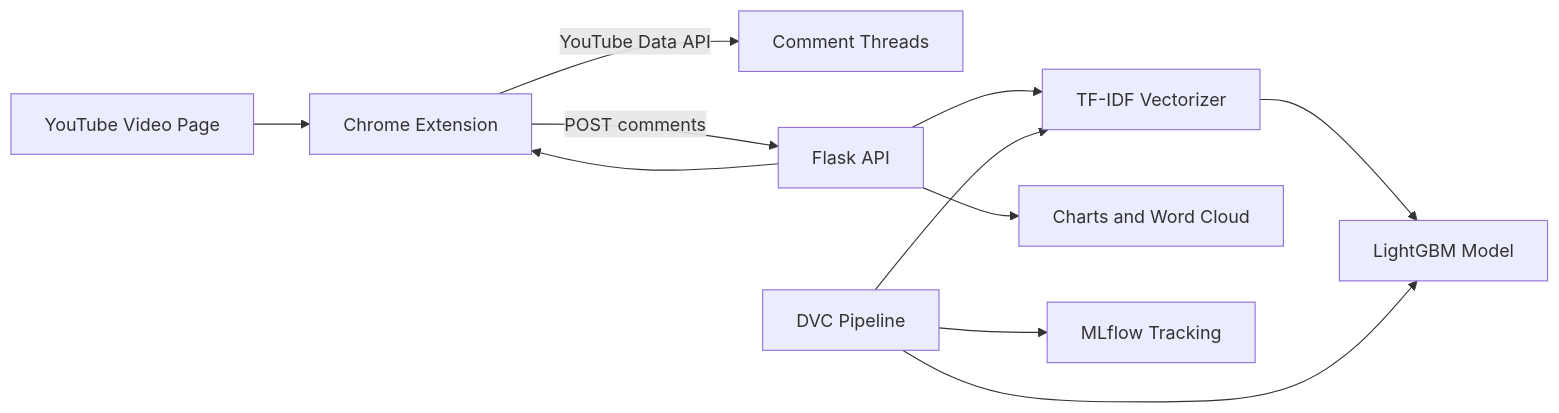
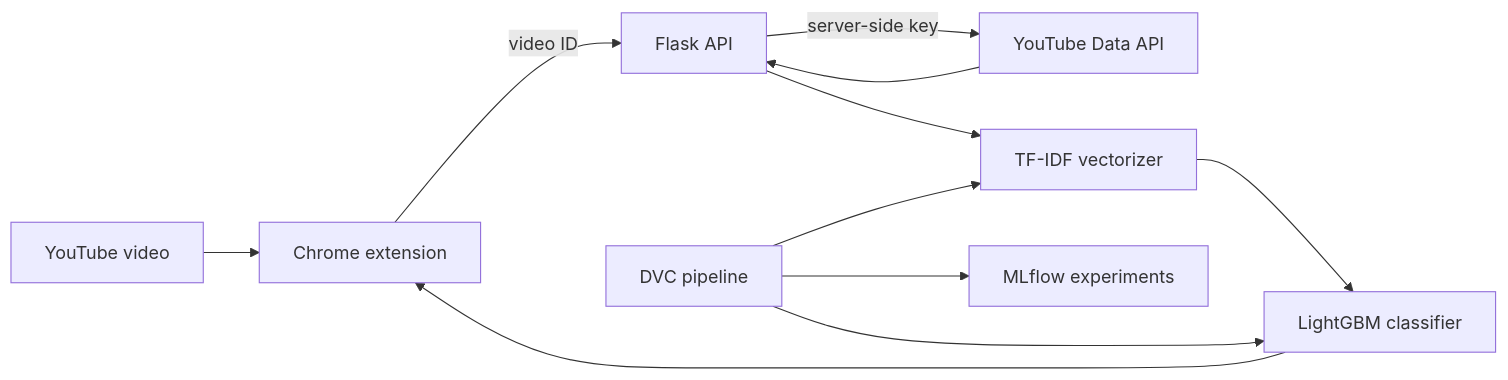
The diagram in README.md (ethanvillalovoz/sentisync), drawn with Mermaid before and after one commit. The commit also changed other lines of this file and 57 other files, not shown here.

````diff
--- a/README.md
+++ b/README.md
@@ -34,13 +21,13 @@
 ```mermaid
 flowchart LR
-    A[YouTube Video Page] --> B[Chrome Extension]
-    B -->|YouTube Data API| C[Comment Threads]
-    B -->|POST comments| D[Flask API]
-    D --> E[TF-IDF Vectorizer]
-    E --> F[LightGBM Model]
-    D --> G[Charts and Word Cloud]
-    D --> B
-    H[DVC Pipeline] --> E
-    H --> F
-    H --> I[MLflow Tracking]
+    Y[YouTube video] --> X[Chrome extension]
+    X -->|video ID| A[Flask API]
+    A -->|server-side key| D[YouTube Data API]
+    D --> A
+    A --> T[TF-IDF vectorizer]
+    T --> L[LightGBM classifier]
+    L --> X
+    P[DVC pipeline] --> T
+    P --> L
+    P --> M[MLflow experiments]
 ```
````
